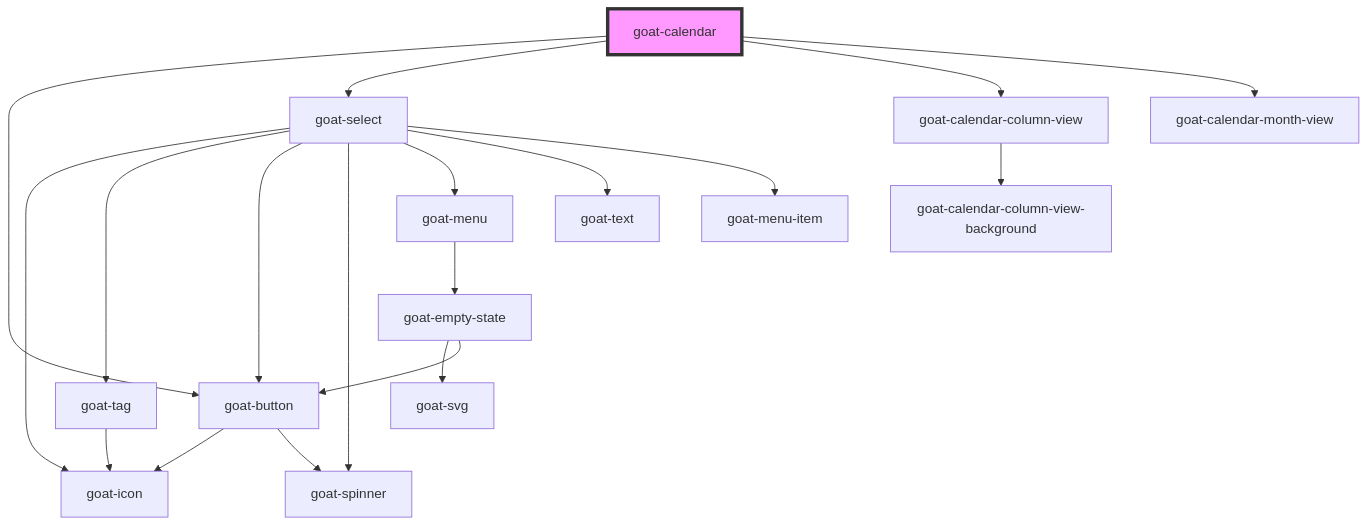
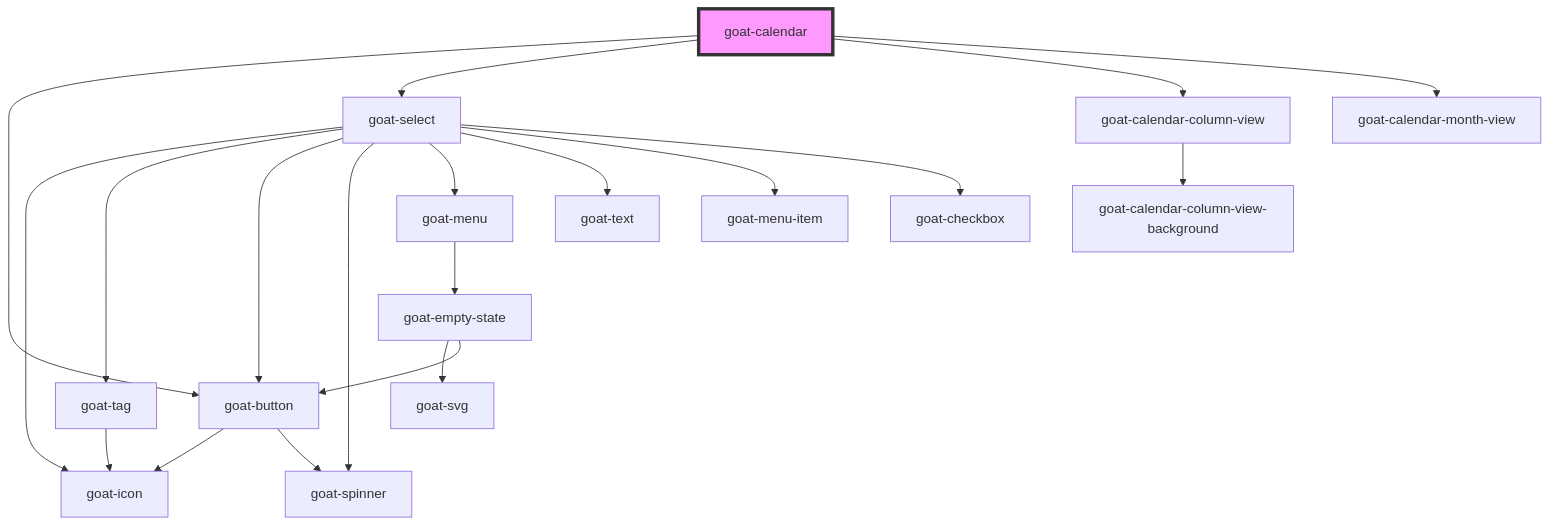
Before and after one commit to goatui/components: the diagram in src/components/calendar/calendar/readme.md, drawn with Mermaid. The commit also changed 19 other files, not shown here.

Commit message:
multi select add checkbox

````diff
--- a/src/components/calendar/calendar/readme.md
+++ b/src/components/calendar/calendar/readme.md
@@ -38,22 +38,23 @@
 ```mermaid
 graph TD;
   goat-calendar --> goat-button
   goat-calendar --> goat-select
   goat-calendar --> goat-calendar-column-view
   goat-calendar --> goat-calendar-month-view
   goat-button --> goat-icon
   goat-button --> goat-spinner
   goat-select --> goat-icon
   goat-select --> goat-tag
   goat-select --> goat-button
   goat-select --> goat-spinner
   goat-select --> goat-menu
   goat-select --> goat-text
   goat-select --> goat-menu-item
+  goat-select --> goat-checkbox
   goat-tag --> goat-icon
   goat-menu --> goat-empty-state
   goat-empty-state --> goat-svg
   goat-empty-state --> goat-button
   goat-calendar-column-view --> goat-calendar-column-view-background
   style goat-calendar fill:#f9f,stroke:#333,stroke-width:4px
 ```
````
